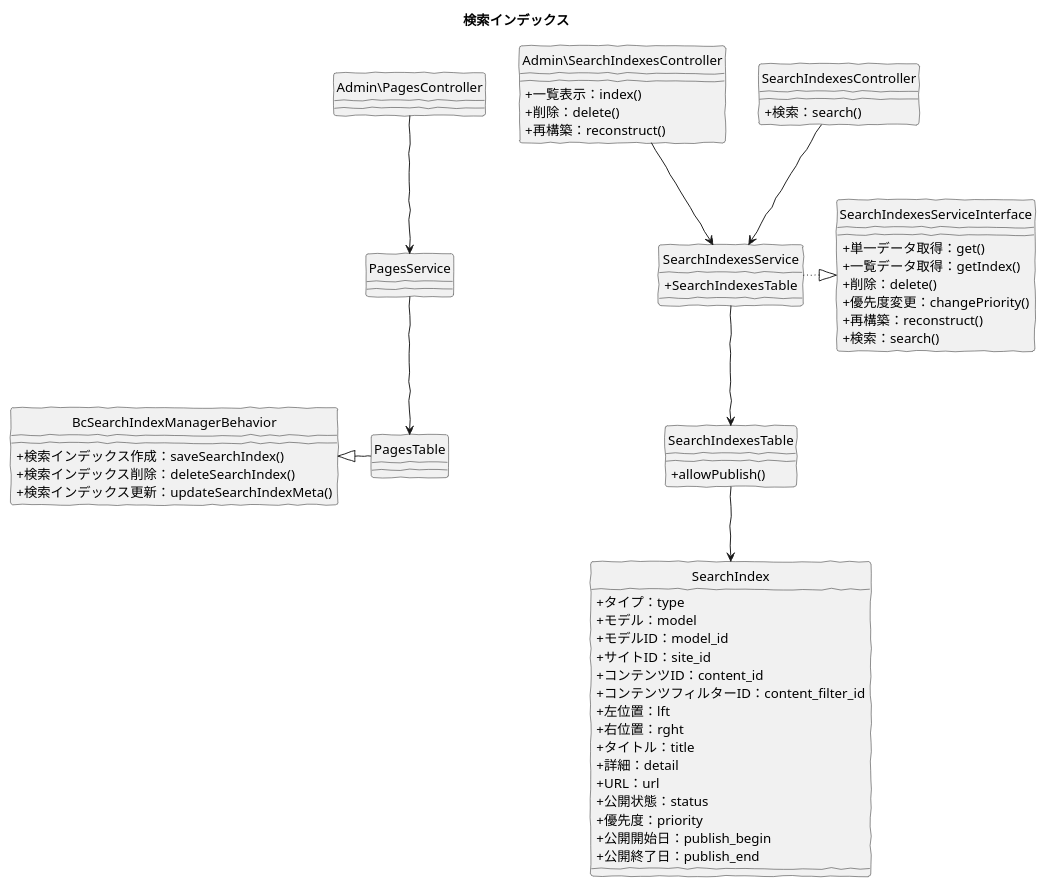
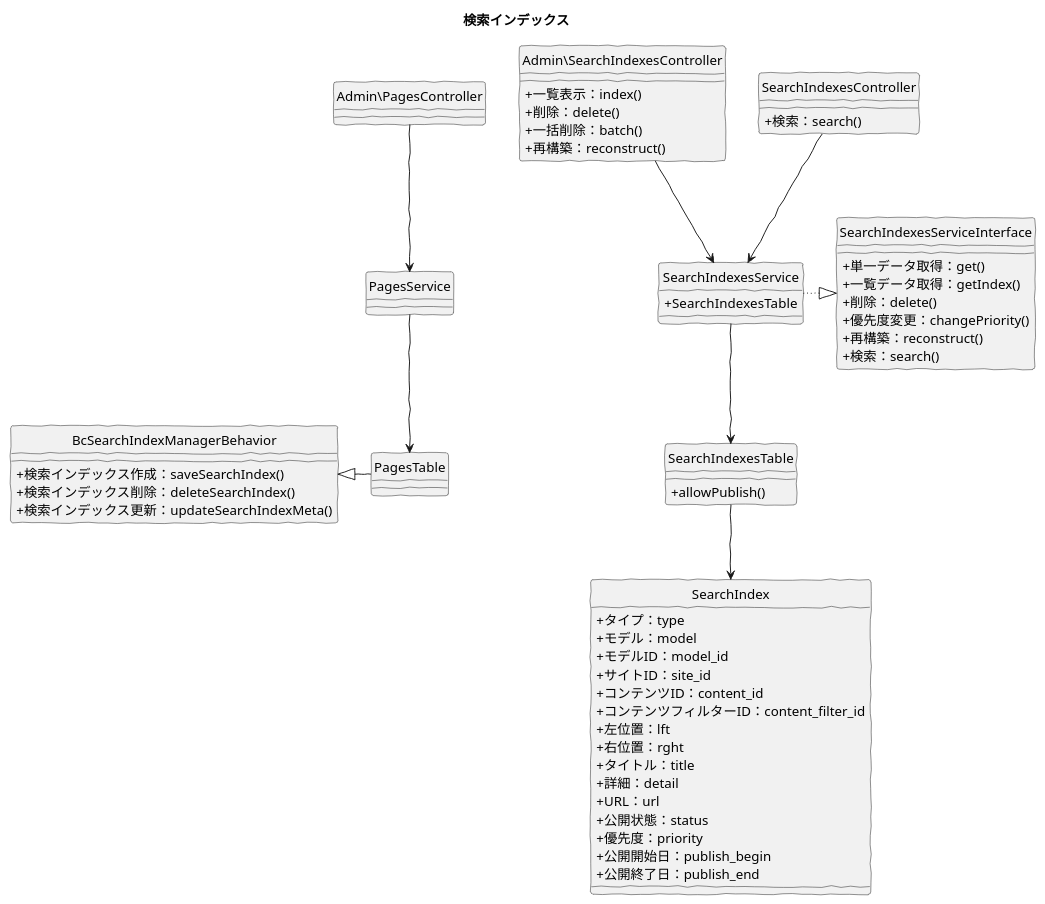
Before and after one commit to baserproject/baserproject.github.io: the diagram in src/puml/5/ucmitz/svg/class/manage_search_indexes.puml, drawn with PlantUML. The commit also changed 4 other files, not shown here.

```diff
--- a/src/puml/5/ucmitz/svg/class/manage_search_indexes.puml
+++ b/src/puml/5/ucmitz/svg/class/manage_search_indexes.puml
@@ -1,69 +1,70 @@
 @startuml
 skinparam handwritten true
 skinparam backgroundColor white
 hide circle
 skinparam classAttributeIconSize 0
 
 title 検索インデックス
 
 class Admin\SearchIndexesController {
 	+ 一覧表示：index()
 	+ 削除：delete()
+	+ 一括削除：batch()
 	+ 再構築：reconstruct()
 }
 
 class SearchIndexesController {
 	+ 検索：search()
 }
 
 class SearchIndexesServiceInterface {
 	+ 単一データ取得：get()
 	+ 一覧データ取得：getIndex()
 	+ 削除：delete()
 	+ 優先度変更：changePriority()
 	+ 再構築：reconstruct()
 	+ 検索：search()  
 }
 
 class SearchIndexesService {
 	+ SearchIndexesTable
 }
 
 class SearchIndexesTable {
 	+ allowPublish()
 }
 
 class BcSearchIndexManagerBehavior {
     + 検索インデックス作成：saveSearchIndex()
     + 検索インデックス削除：deleteSearchIndex()
     + 検索インデックス更新：updateSearchIndexMeta()
 }
 
 class SearchIndex {
     + タイプ：type
     + モデル：model
     + モデルID：model_id
     + サイトID：site_id
     + コンテンツID：content_id
     + コンテンツフィルターID：content_filter_id
     + 左位置：lft
     + 右位置：rght
     + タイトル：title
     + 詳細：detail
     + URL：url
     + 公開状態：status
     + 優先度：priority
     + 公開開始日：publish_begin
     + 公開終了日：publish_end
 }
 
 Admin\SearchIndexesController -down-> SearchIndexesService
 SearchIndexesController -down-> SearchIndexesService
 SearchIndexesService -right[dotted]-|> SearchIndexesServiceInterface
 SearchIndexesService -down-> SearchIndexesTable
 SearchIndexesTable -down-> SearchIndex
 Admin\PagesController -down-> PagesService
 PagesService -down-> PagesTable
 PagesTable -left|> BcSearchIndexManagerBehavior
 
 @enduml
```
